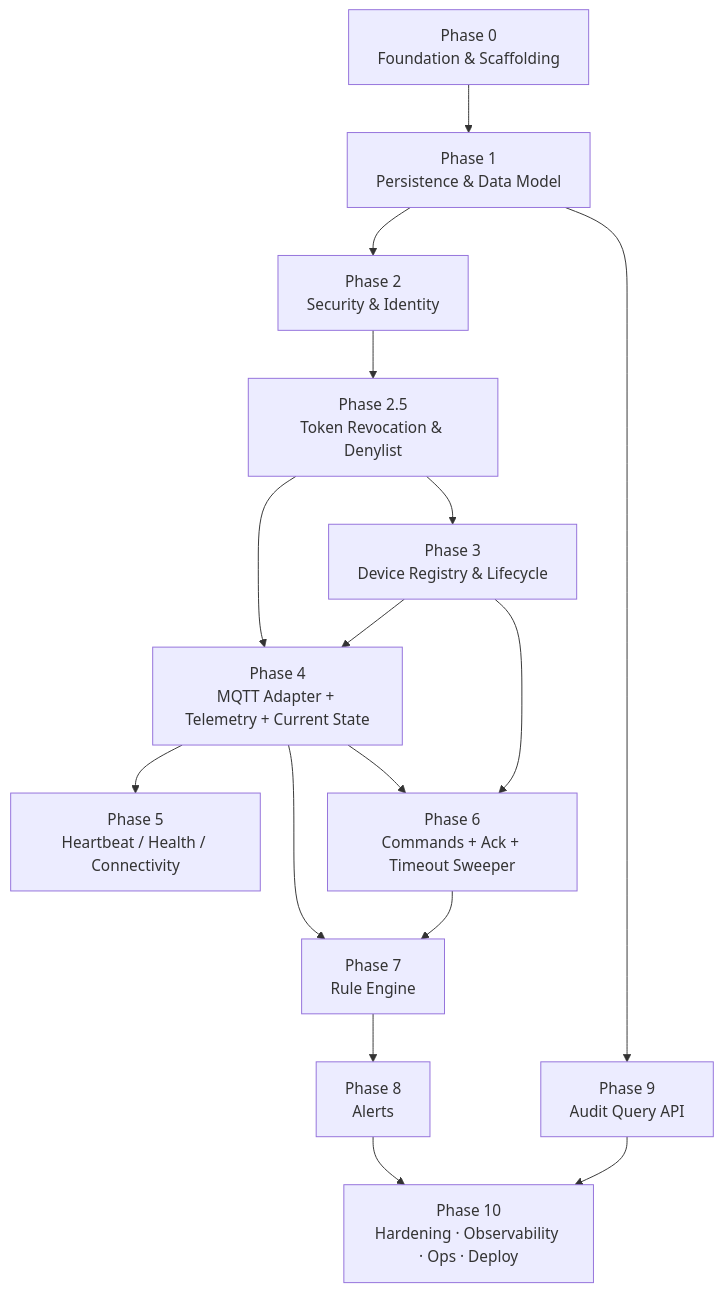
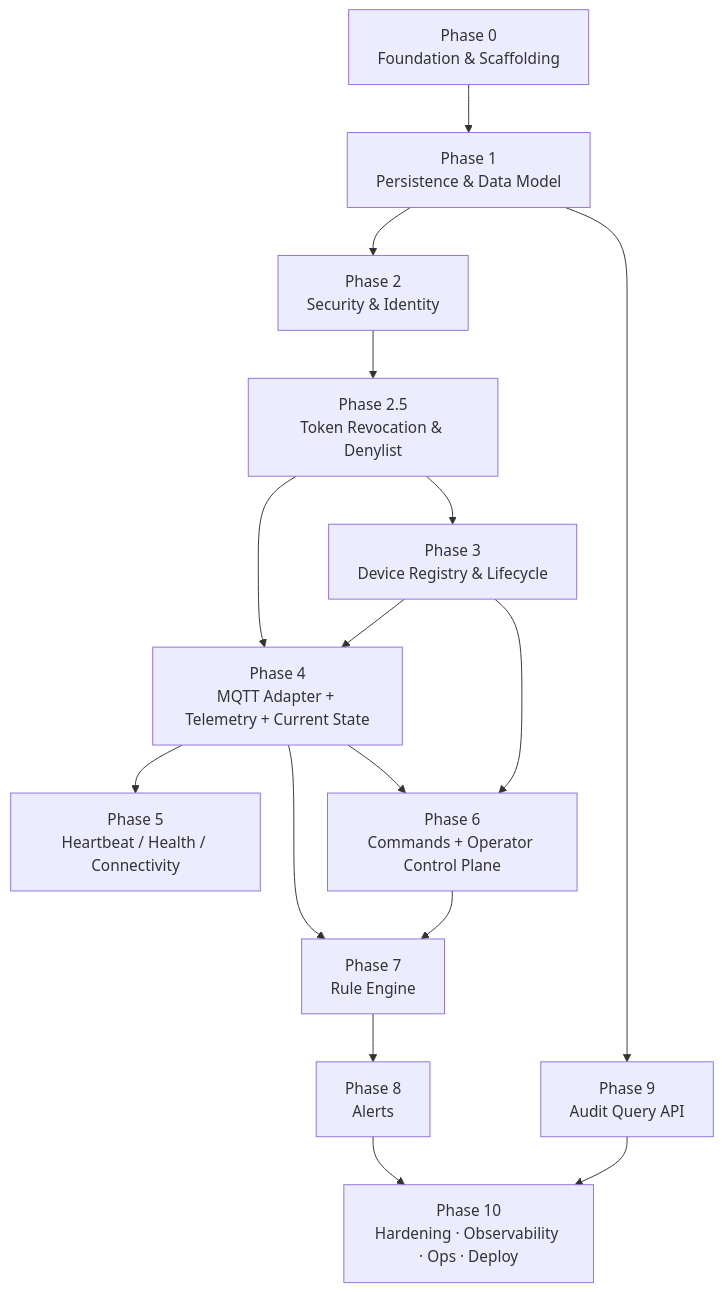
The diagram in iot-server-design/documents/iot-platform-implementation-plan.md (quagh03/iot-project-server), drawn with Mermaid before and after one commit. The commit also changed other lines of this file and 5 other files, not shown here.

````diff
--- a/iot-server-design/documents/iot-platform-implementation-plan.md
+++ b/iot-server-design/documents/iot-platform-implementation-plan.md
@@ -92,18 +93,18 @@
 ```mermaid
 flowchart TB
     P0["Phase 0\nFoundation & Scaffolding"] --> P1["Phase 1\nPersistence & Data Model"]
     P1 --> P2["Phase 2\nSecurity & Identity"]
     P2 --> P25["Phase 2.5\nToken Revocation & Denylist"]
     P25 --> P3["Phase 3\nDevice Registry & Lifecycle"]
     P25 --> P4["Phase 4\nMQTT Adapter + Telemetry + Current State"]
     P3 --> P4
     P4 --> P5["Phase 5\nHeartbeat / Health / Connectivity"]
-    P4 --> P6["Phase 6\nCommands + Ack + Timeout Sweeper"]
+    P4 --> P6["Phase 6\nCommands + Operator Control Plane"]
     P3 --> P6
     P4 --> P7["Phase 7\nRule Engine"]
     P6 --> P7
     P7 --> P8["Phase 8\nAlerts"]
     P1 --> P9["Phase 9\nAudit Query API"]
     P8 --> P10["Phase 10\nHardening · Observability · Ops · Deploy"]
     P9 --> P10
 ```
````
